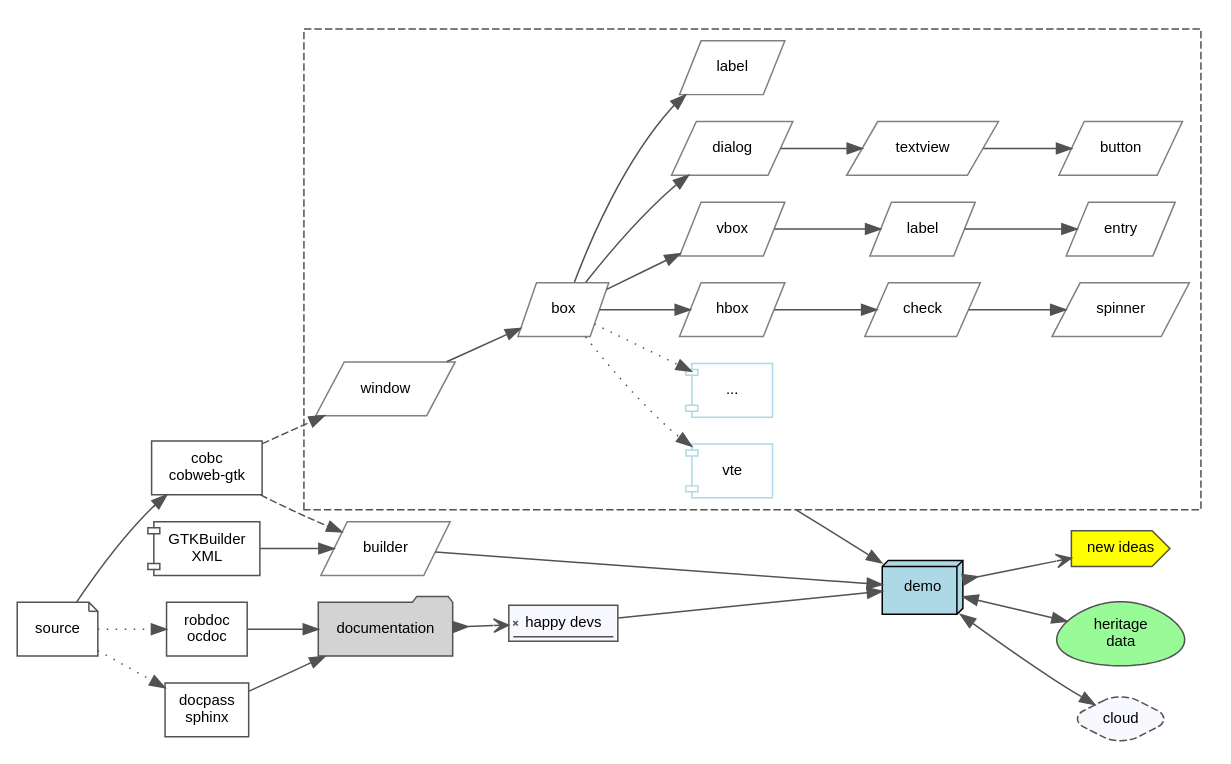
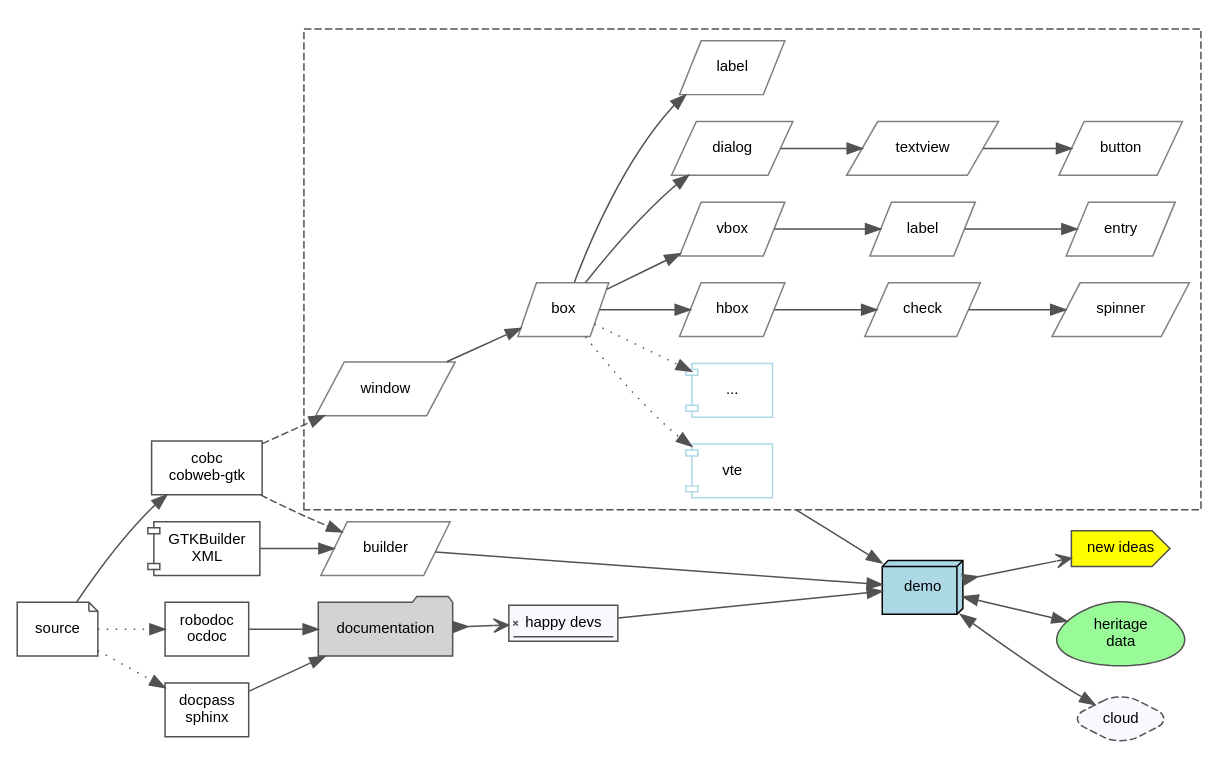
Before and after one commit to OCamlPro/gnucobol-contrib2: the diagram in tools/cobweb/cobweb-gtk/cobweb-gui.dot, drawn with Graphviz. The commit also changed 3 other files, not shown here.

```diff
--- a/tools/cobweb/cobweb-gtk/cobweb-gui.dot
+++ b/tools/cobweb/cobweb-gtk/cobweb-gui.dot
@@ -1,54 +1,54 @@
 digraph G {
   subgraph cluster_widgets {
       style=dashed;
       color=gray32;
       edge [fontname="Helvetica",fontsize=10,labelfontname="Helvetica",labelfontsize=10,color=gray32];
       node [fontname="Helvetica",fontsize=10,shape=parallelogram,color=gray];
       window -> box;
       box -> vte [style=dotted];
       box -> "..." [style=dotted];
       window, box, hbox, vbox, entry, spinner [color=gray];
       vte, "..." [shape=component,color=lightblue];
       hbox -> check -> spinner;
       box -> dialog;
       dialog -> textview -> button;
       box -> gtklabel1;
       box -> vbox;
       vbox -> gtklabel2;
       gtklabel2 -> entry;
       box -> hbox;
       gtklabel1, gtklabel2 [label="label"];
       
   }
   edge [fontname="Helvetica",fontsize=10,labelfontname="Helvetica",labelfontsize=10,color=gray32];
   node [fontname="Helvetica",fontsize=10,shape=box,color=gray32];
   rankdir=LR;
   compound=true;
   source -> cobc;
   cobc [label="cobc\ncobweb-gtk"];
   cobc -> builder [style=dashed];
   builder -> demo;
   xml [shape=component,label="GTKBuilder\nXML"];
   xml -> builder;
   cobc -> window [style=dashed];
   vte -> demo [ltail=cluster_widgets];
   demo -> profit [arrowhead=open,arrowtail=inv,dir=both];
   source -> robodoc [style=dotted];
   source -> docpass [style=dotted];
-  robodoc [label="robdoc\nocdoc"];
+  robodoc [label="robodoc\nocdoc"];
   docpass [label="docpass\nsphinx"];
   robodoc -> documentation;
   docpass -> documentation;
   builder [shape=parallelogram,color=gray];
   documentation [shape=folder,fillcolor=lightgray,style=filled];
   documentation->happy [arrowhead=open,arrowtail=inv,dir=both];
   demo [fillcolor=lightblue,style=filled,shape=box3d,color=black];
   profit [shape=cds,fillcolor=yellow,style=filled,label="new ideas"];
   happy [shape=signature,fillcolor=ghostwhite,style=filled,label="happy devs"];
   happy -> demo;
   demo -> legacydata [dir=both];
   demo -> cloud [dir=both];
   legacydata [shape=egg,style=filled,fillcolor=palegreen,label="heritage\ndata"];
   cloud [shape=diamond,style="rounded,dashed,filled",label="cloud",fillcolor=ghostwhite];
   source [shape=note];
 }
```
